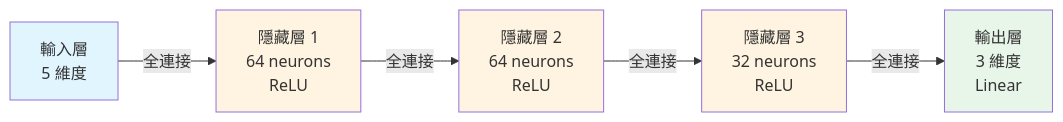
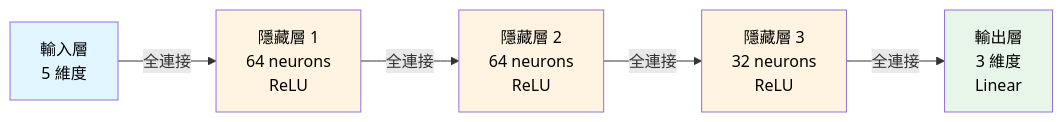
The ninth of 10 diagrams in doc/ping-pong-ai-project.md (C111112104/ML_Game), drawn with Mermaid before and after one commit. The commit also changed other lines of this file, not shown here.

````diff
--- a/doc/ping-pong-ai-project.md
+++ b/doc/ping-pong-ai-project.md
@@ -349,13 +349,13 @@
 ```mermaid
 graph LR
     I[輸入層<br/>5 維度] -->|全連接| H1[隱藏層 1<br/>64 neurons<br/>ReLU]
     H1 -->|全連接| H2[隱藏層 2<br/>64 neurons<br/>ReLU]
     H2 -->|全連接| H3[隱藏層 3<br/>32 neurons<br/>ReLU]
     H3 -->|全連接| O[輸出層<br/>3 維度<br/>Linear]
 
-    style I fill:#e1f5ff
-    style H1 fill:#fff4e1
-    style H2 fill:#fff4e1
-    style H3 fill:#fff4e1
-    style O fill:#e8f5e9
+    style I fill:#e1f5ff,color:#000
+    style H1 fill:#fff4e1,color:#000
+    style H2 fill:#fff4e1,color:#000
+    style H3 fill:#fff4e1,color:#000
+    style O fill:#e8f5e9,color:#000
 ```
````
